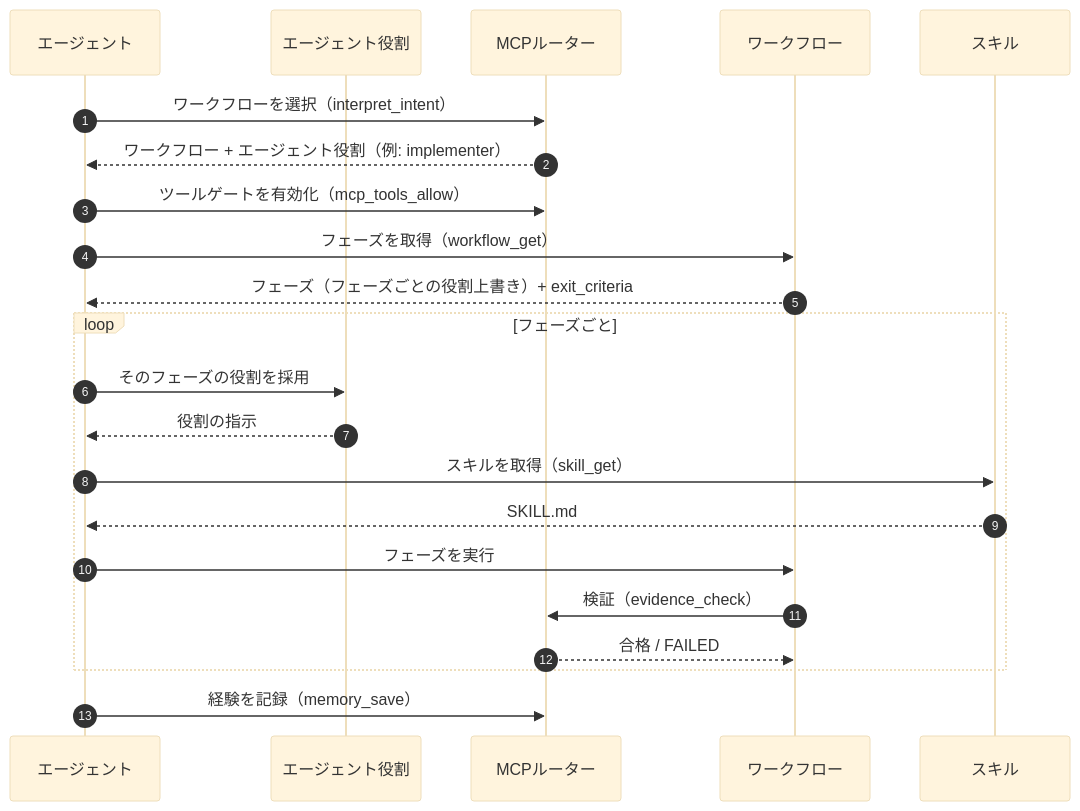
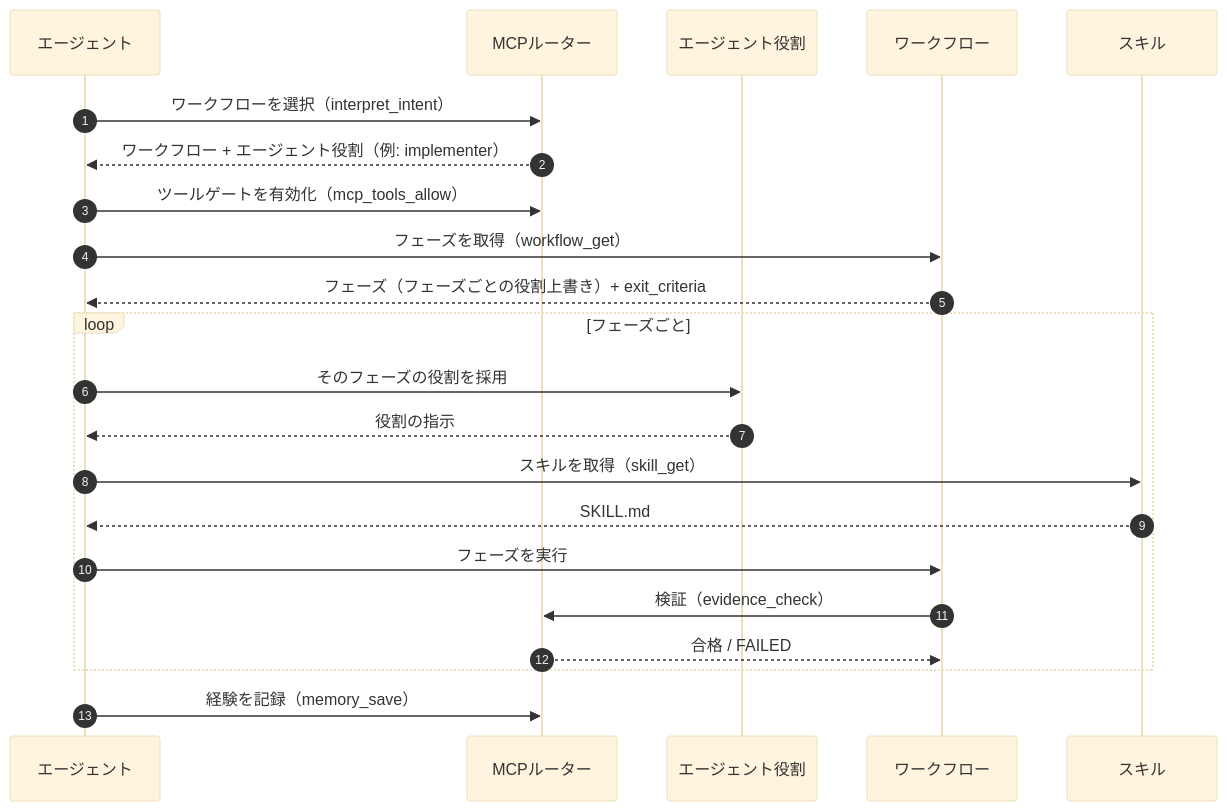
The diagram in README.ja.md (parkwoo/wawoo-agent-skills), drawn with Mermaid (base theme) before and after one commit. The commit also changed other lines of this file and 3 other files, not shown here.

````diff
--- a/README.ja.md
+++ b/README.ja.md
@@ -62,24 +62,24 @@
 ```mermaid
 sequenceDiagram
     autonumber
     participant A as エージェント
+    participant R as MCPルーター
     participant G as エージェント役割
-    participant R as MCPルーター
     participant W as ワークフロー
     participant S as スキル
     A->>R: ワークフローを選択（interpret_intent）
     R-->>A: ワークフロー + エージェント役割（例: implementer）
     A->>R: ツールゲートを有効化（mcp_tools_allow）
     A->>W: フェーズを取得（workflow_get）
     W-->>A: フェーズ（フェーズごとの役割上書き）+ exit_criteria
     loop フェーズごと
         A->>G: そのフェーズの役割を採用
         G-->>A: 役割の指示
         A->>S: スキルを取得（skill_get）
         S-->>A: SKILL.md
         A->>W: フェーズを実行
         W->>R: 検証（evidence_check）
         R-->>W: 合格 / FAILED
     end
     A->>R: 経験を記録（memory_save）
 ```
````
